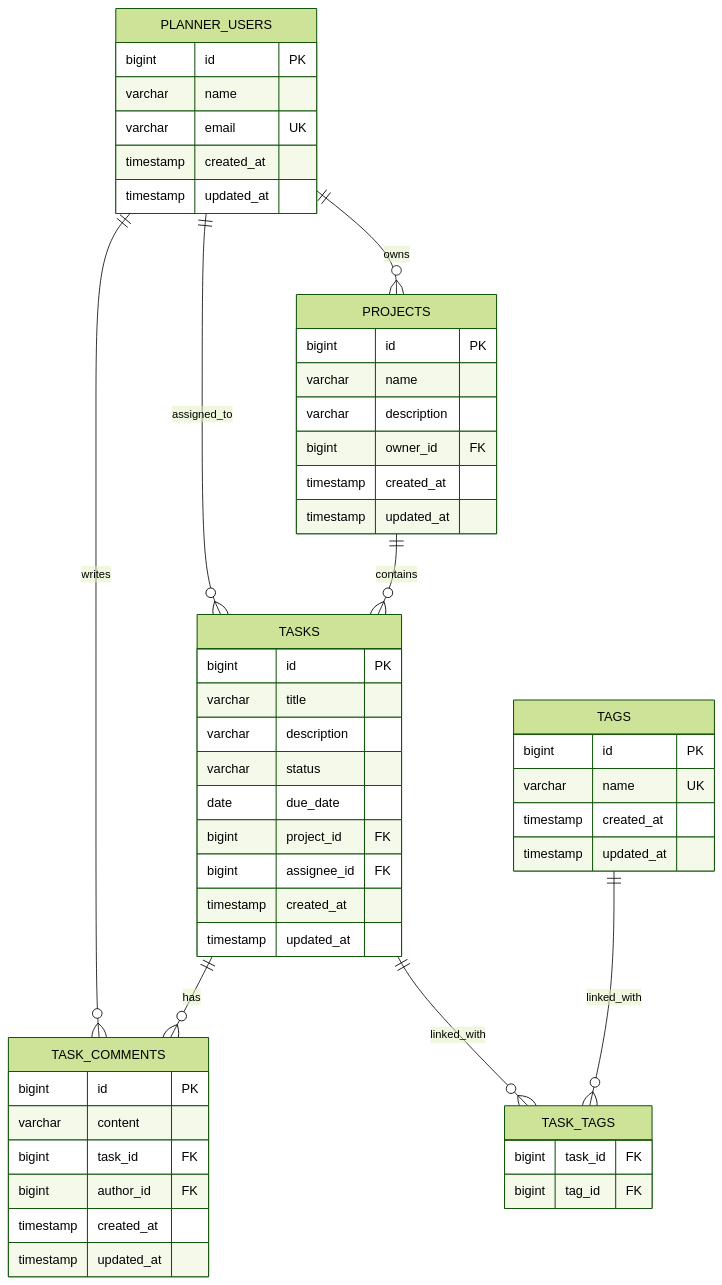
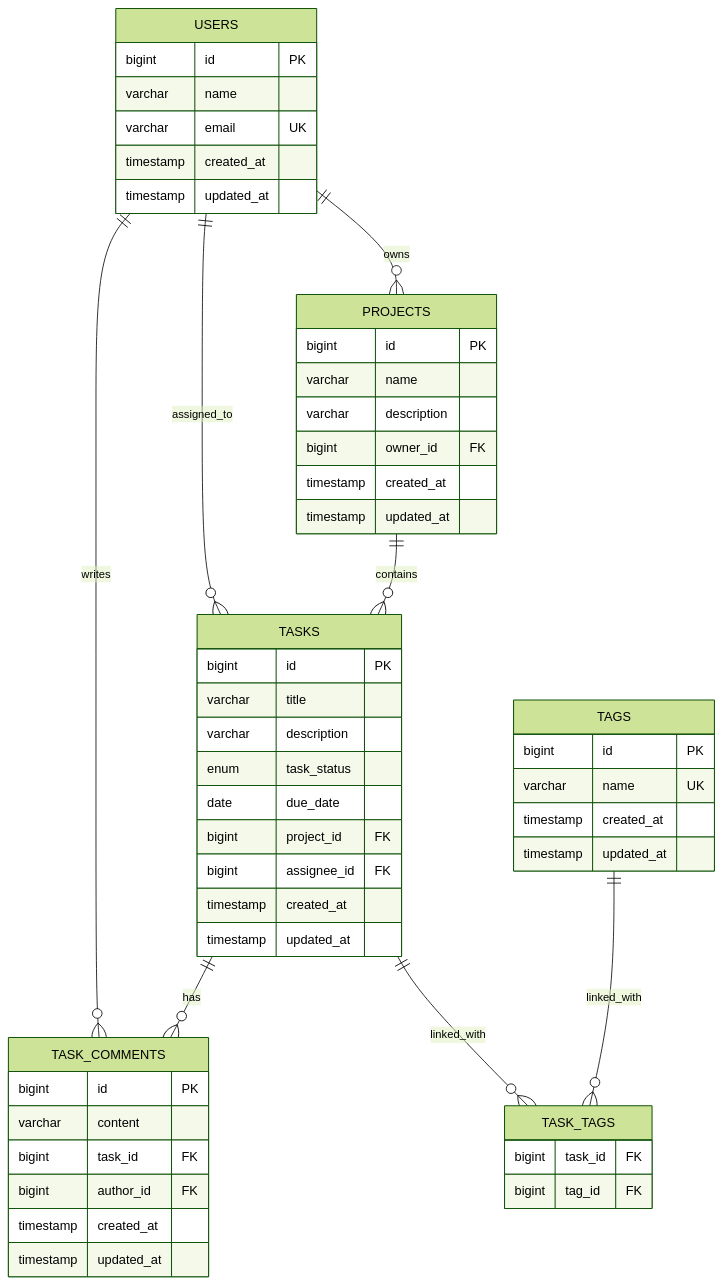
One commit to xyzdevelopment0/pnayavu-personal-planner changed the diagram in README.md. Above: the diagram before and after it, drawn with Mermaid (forest theme). The commit also changed other lines of this file and 14 other files, not shown here.

Commit message:
refactor: rename user model and use pg enum status

````diff
--- a/README.md
+++ b/README.md
@@ -74,60 +74,60 @@
 ```mermaid
 erDiagram
-    PLANNER_USERS ||--o{ PROJECTS : owns
-    PLANNER_USERS ||--o{ TASKS : assigned_to
-    PLANNER_USERS ||--o{ TASK_COMMENTS : writes
+    USERS ||--o{ PROJECTS : owns
+    USERS ||--o{ TASKS : assigned_to
+    USERS ||--o{ TASK_COMMENTS : writes
     PROJECTS ||--o{ TASKS : contains
     TASKS ||--o{ TASK_COMMENTS : has
     TASKS ||--o{ TASK_TAGS : linked_with
     TAGS ||--o{ TASK_TAGS : linked_with
 
-    PLANNER_USERS {
+    USERS {
         bigint id PK
         varchar name
         varchar email UK
         timestamp created_at
         timestamp updated_at
     }
 
     PROJECTS {
         bigint id PK
         varchar name
         varchar description
         bigint owner_id FK
         timestamp created_at
         timestamp updated_at
     }
 
     TASKS {
         bigint id PK
         varchar title
         varchar description
-        varchar status
+        enum task_status
         date due_date
         bigint project_id FK
         bigint assignee_id FK
         timestamp created_at
         timestamp updated_at
     }
 
     TASK_COMMENTS {
         bigint id PK
         varchar content
         bigint task_id FK
         bigint author_id FK
         timestamp created_at
         timestamp updated_at
     }
 
     TAGS {
         bigint id PK
         varchar name UK
         timestamp created_at
         timestamp updated_at
     }
 
     TASK_TAGS {
         bigint task_id FK
         bigint tag_id FK
     }
 ```
````
